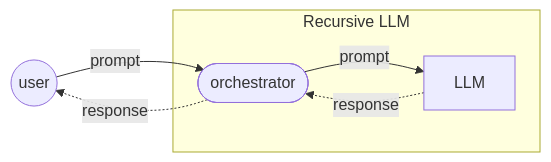
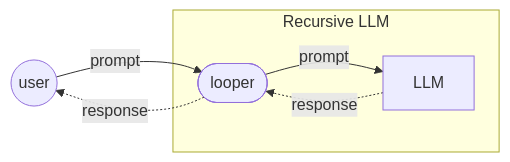
One commit to conmaol/maglocunus changed the second of 4 diagrams in l/LLMs.md. Above: the diagram before and after it, drawn with Mermaid. The commit also changed other lines of this file, not shown here.

First line of the commit message:
Refactor LLM diagrams and descriptions

````diff
--- a/l/LLMs.md
+++ b/l/LLMs.md
@@ -39,12 +39,12 @@
 ```mermaid
 graph LR
   user(("user"))
   subgraph "Recursive LLM"
-    looper(["orchestrator"])
+    looper(["looper"])
     LLM["LLM"]
     looper -- "prompt" --> LLM
     LLM -. "response" .-> looper
     end
   user -- "prompt" --> looper
   looper -. response .-> user
 ```
````
